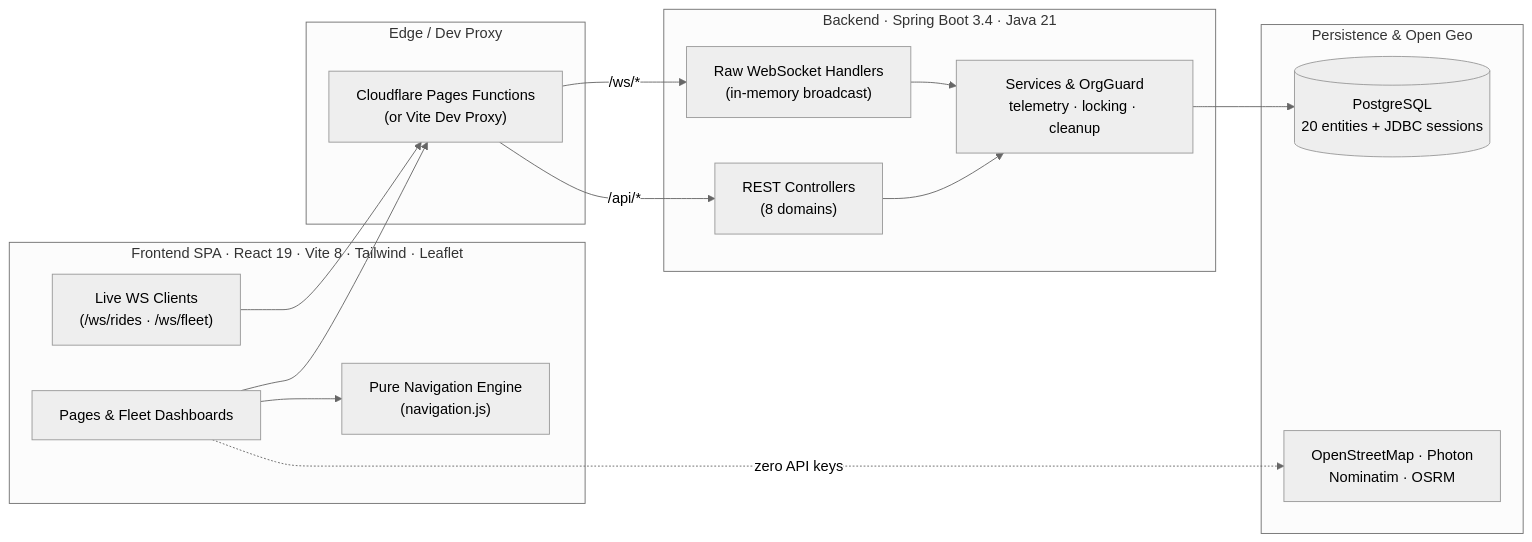
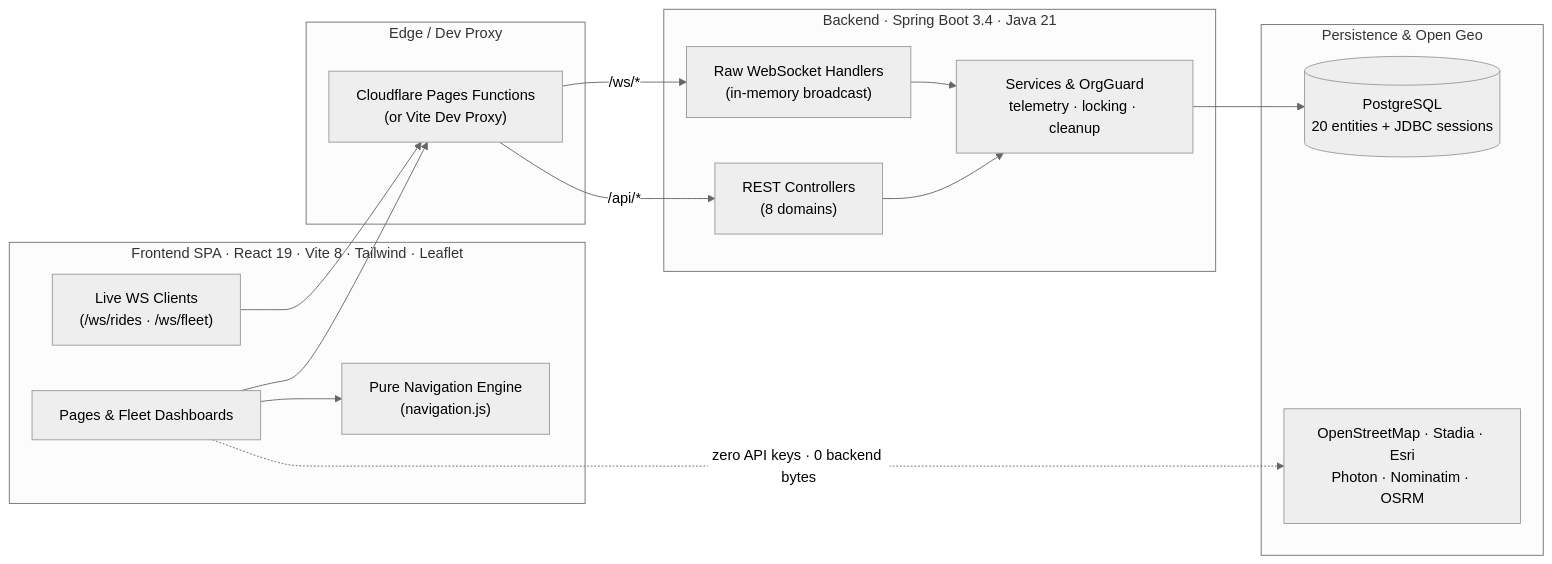
The diagram in README.md (sGokulaKumaran/Ride-Wise), drawn with Mermaid (neutral theme) before and after one commit. The commit also changed other lines of this file and 21 other files, not shown here.

````diff
--- a/README.md
+++ b/README.md
@@ -225,33 +361,33 @@
 ```mermaid
 flowchart LR
     subgraph Client["Frontend SPA · React 19 · Vite 8 · Tailwind · Leaflet"]
         UI["Pages & Fleet Dashboards"]
         Nav["Pure Navigation Engine<br/>(navigation.js)"]
         WSClient["Live WS Clients<br/>(/ws/rides · /ws/fleet)"]
     end
 
     subgraph Edge["Edge / Dev Proxy"]
         Proxy["Cloudflare Pages Functions<br/>(or Vite Dev Proxy)"]
     end
 
     subgraph Server["Backend · Spring Boot 3.4 · Java 21"]
         REST["REST Controllers<br/>(8 domains)"]
         WS["Raw WebSocket Handlers<br/>(in-memory broadcast)"]
         Services["Services & OrgGuard<br/>telemetry · locking · cleanup"]
     end
 
     subgraph Data["Persistence & Open Geo"]
         PG[("PostgreSQL<br/>20 entities + JDBC sessions")]
-        Geo["OpenStreetMap · Photon<br/>Nominatim · OSRM"]
+        Geo["OpenStreetMap · Stadia · Esri<br/>Photon · Nominatim · OSRM"]
     end
 
     UI --> Nav
     UI --> Proxy
     WSClient --> Proxy
     Proxy -->|"/api/*"| REST
     Proxy -->|"/ws/*"| WS
     REST --> Services
     WS --> Services
     Services --> PG
-    UI -.->|"zero API keys"| Geo
+    UI -.->|"zero API keys · 0 backend bytes"| Geo
 ```
````
